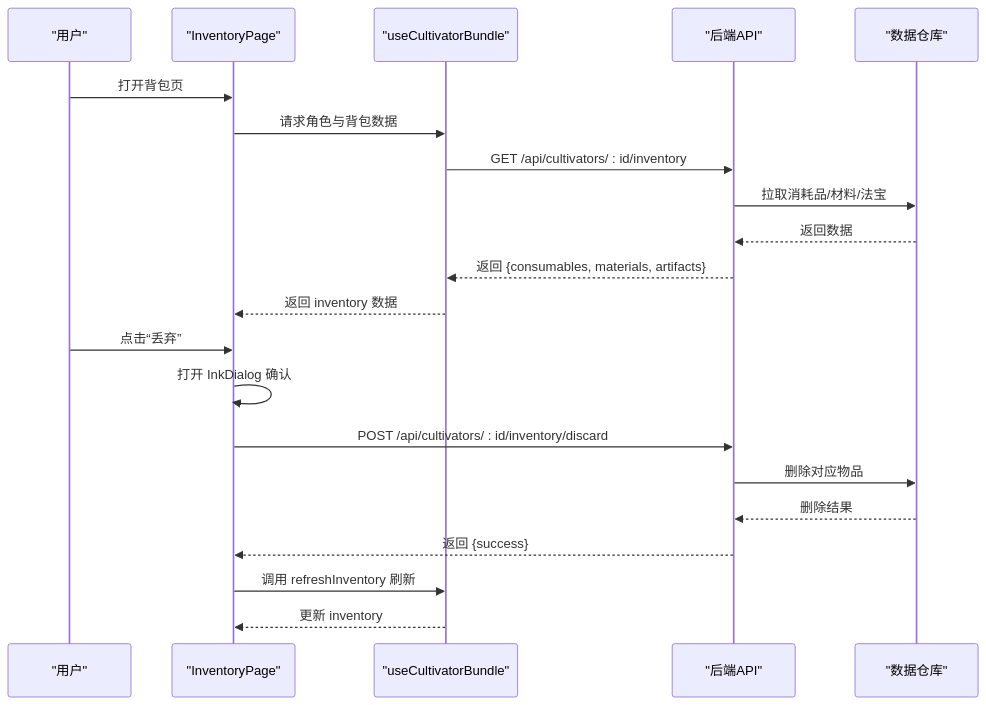
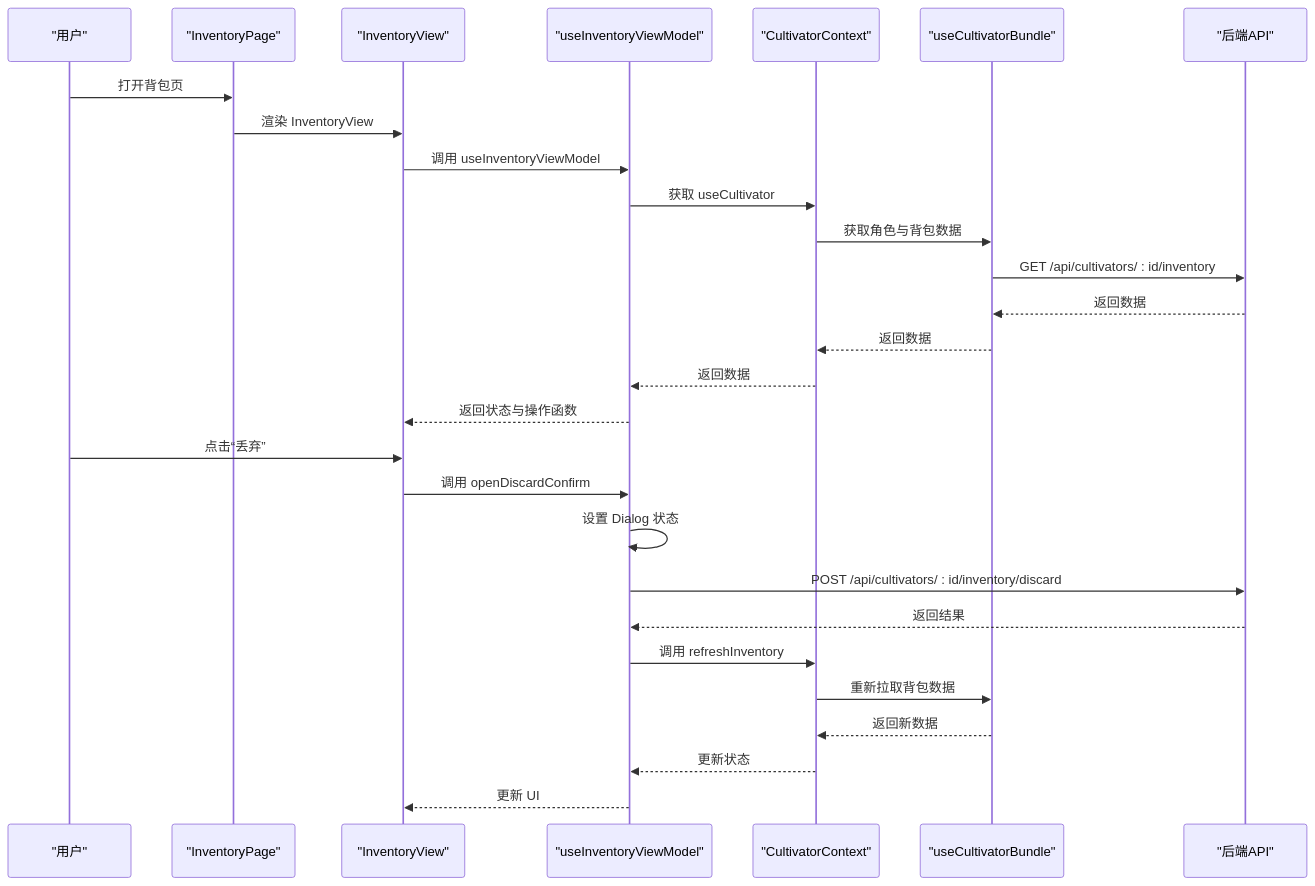
The second of 4 diagrams in .qoder/repowiki/zh/content/核心功能模块/角色系统/装备系统/背包管理.md (ChurchTao/Daoyou), drawn with Mermaid before and after one commit. The commit also changed other lines of this file and 14 other files, not shown here.

````diff
--- a/.qoder/repowiki/zh/content/核心功能模块/角色系统/装备系统/背包管理.md
+++ b/.qoder/repowiki/zh/content/核心功能模块/角色系统/装备系统/背包管理.md
@@ -103,23 +108,30 @@
 ```mermaid
 sequenceDiagram
 participant U as "用户"
 participant P as "InventoryPage"
+participant V as "InventoryView"
+participant VM as "useInventoryViewModel"
+participant CTX as "CultivatorContext"
 participant H as "useCultivatorBundle"
 participant API as "后端API"
-participant Repo as "数据仓库"
 U->>P : 打开背包页
-P->>H : 请求角色与背包数据
+P->>V : 渲染 InventoryView
+V->>VM : 调用 useInventoryViewModel
+VM->>CTX : 获取 useCultivator
+CTX->>H : 获取角色与背包数据
 H->>API : GET /api/cultivators/ : id/inventory
-API->>Repo : 拉取消耗品/材料/法宝
-Repo-->>API : 返回数据
-API-->>H : 返回 {consumables, materials, artifacts}
-H-->>P : 返回 inventory 数据
-U->>P : 点击“丢弃”
-P->>P : 打开 InkDialog 确认
-P->>API : POST /api/cultivators/ : id/inventory/discard
-API->>Repo : 删除对应物品
-Repo-->>API : 删除结果
-API-->>P : 返回 {success}
-P->>H : 调用 refreshInventory 刷新
-H-->>P : 更新 inventory
+API-->>H : 返回数据
+H-->>CTX : 返回数据
+CTX-->>VM : 返回数据
+VM-->>V : 返回状态与操作函数
+U->>V : 点击“丢弃”
+V->>VM : 调用 openDiscardConfirm
+VM->>VM : 设置 Dialog 状态
+VM->>API : POST /api/cultivators/ : id/inventory/discard
+API-->>VM : 返回结果
+VM->>CTX : 调用 refreshInventory
+CTX->>H : 重新拉取背包数据
+H-->>CTX : 返回新数据
+CTX-->>VM : 更新状态
+VM-->>V : 更新 UI
 ```
````
